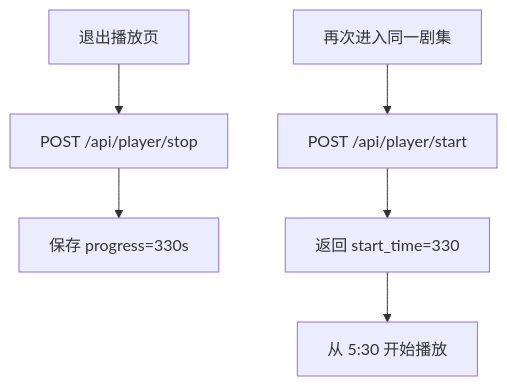
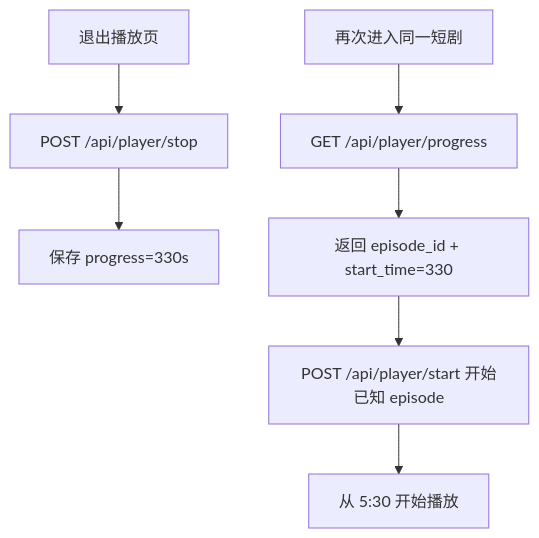
The second of 2 diagrams in docs/product_manager/prd/2026-07-25-full-player/prd.md (djs66256/fork-any-application), drawn with Mermaid before and after one commit. The commit also changed other lines of this file and 114 other files, not shown here.

````diff
--- a/docs/product_manager/prd/2026-07-25-full-player/prd.md
+++ b/docs/product_manager/prd/2026-07-25-full-player/prd.md
@@ -121,8 +127,9 @@
 ```mermaid
 flowchart TD
     A[退出播放页] --> B[POST /api/player/stop]
     B --> C[保存 progress=330s]
-    D[再次进入同一剧集] --> E[POST /api/player/start]
-    E --> F[返回 start_time=330]
-    F --> G[从 5:30 开始播放]
+    D[再次进入同一短剧] --> E[GET /api/player/progress]
+    E --> F[返回 episode_id + start_time=330]
+    F --> G[POST /api/player/start 开始已知 episode]
+    G --> H[从 5:30 开始播放]
 ```
````
